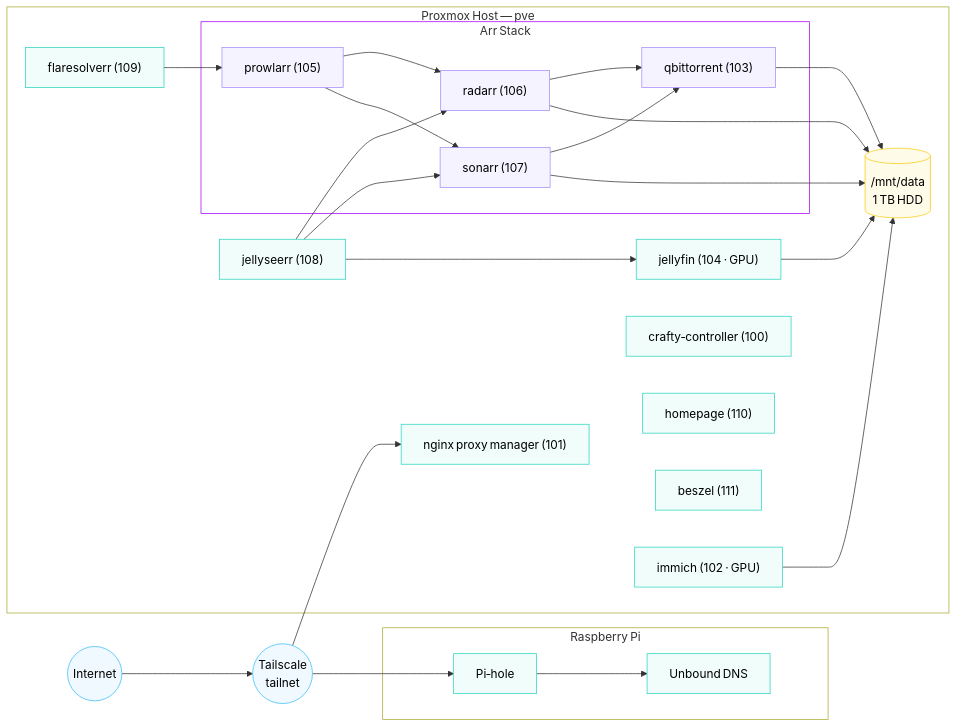
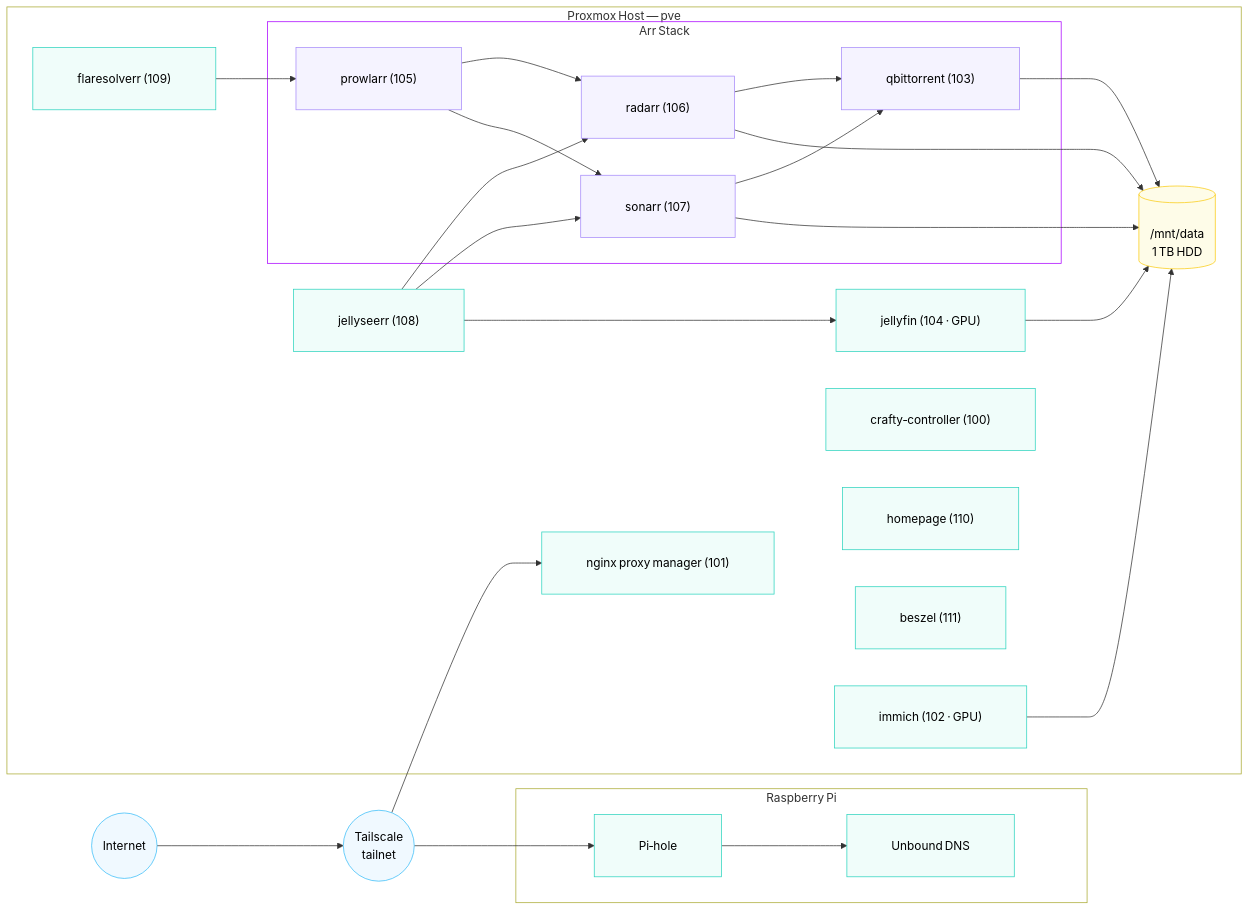
One commit to EthanFavis/Ethanet changed the diagram in README.md. Above: the diagram before and after it, drawn with Mermaid. The commit also changed 1 other file, not shown here.

Commit message:
Increase diagram padding and node/rank spacing for breathing room

````diff
--- a/README.md
+++ b/README.md
@@ -71,68 +71,69 @@
 ```mermaid
+%%{init: {'flowchart': {'padding': 30, 'nodeSpacing': 50, 'rankSpacing': 70}}}%%
 flowchart LR
  subgraph Pi["Raspberry Pi"]
         Pihole["Pi‑hole"]
         Unbound["Unbound DNS"]
   end
  subgraph ARR["Arr Stack"]
         Prowlarr["prowlarr (105)"]
         Radarr["radarr (106)"]
         Sonarr["sonarr (107)"]
         QB["qbittorrent (103)"]
   end
  subgraph PVE["Proxmox Host — pve"]
         Homepage["homepage (110)"]
         NPM["nginx proxy manager (101)"]
         Crafty["crafty‑controller (100)"]
         Beszel["beszel (111)"]
         Flare["flaresolverr (109)"]
         ARR
         Seerr["jellyseerr (108)"]
         Jellyfin["jellyfin (104 · GPU)"]
         Immich["immich (102 · GPU)"]
         Storage[("/mnt/data<br>1 TB HDD")]
   end
     Internet(("Internet")) --> Tailnet(("Tailscale<br>tailnet"))
     Pihole --> Unbound
     Prowlarr --> Radarr & Sonarr
     Radarr --> QB & Storage
     Sonarr --> QB & Storage
     Tailnet --> Pihole & NPM
     Flare --> Prowlarr
     Seerr --> Radarr & Sonarr & Jellyfin
     QB --> Storage
     Jellyfin --> Storage
     Immich --> Storage
 
     %% invisible edges to anchor orphan containers near NPM
     NPM ~~~ Crafty
     NPM ~~~ Homepage
     NPM ~~~ Beszel
     NPM ~~~ Immich
 
      Internet:::network
      Tailnet:::network
      Pihole:::service
      Unbound:::service
      Homepage:::service
      NPM:::service
      Crafty:::service
      Beszel:::service
      Flare:::service
      Prowlarr:::media
      Radarr:::media
      Sonarr:::media
      QB:::media
      Seerr:::service
      Jellyfin:::service
      Immich:::service
      Storage:::storage
     classDef infra stroke:#818cf8,fill:#eef2ff,color:#000
     classDef service stroke:#2dd4bf,fill:#f0fdfa,color:#000
     classDef storage stroke:#facc15,fill:#fefce8,color:#000
     classDef network stroke:#38bdf8,fill:#f0f9ff,color:#000
     classDef media stroke:#a78bfa,fill:#f5f3ff,color:#000
     style ARR stroke:#AA00FF,fill:transparent
     style PVE fill:transparent
     style Pi fill:transparent
 ```
````
